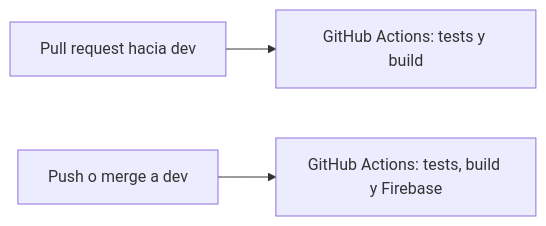
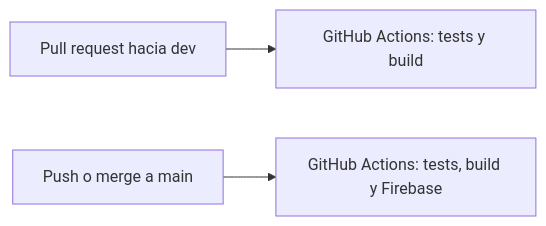
One commit to alejandrosalgar/Programacion-de-software-2026-2---frontend changed the diagram in despliegue.md. Above: the diagram before and after it, drawn with Mermaid. The commit also changed other lines of this file and 2 other files, not shown here.

````diff
--- a/despliegue.md
+++ b/despliegue.md
@@ -10,5 +10,5 @@
 ```mermaid
 flowchart LR
   PR["Pull request hacia dev"] --> Tests["GitHub Actions: tests y build"]
-  Main["Push o merge a dev"] --> Deploy["GitHub Actions: tests, build y Firebase"]
+  Main["Push o merge a main"] --> Deploy["GitHub Actions: tests, build y Firebase"]
 ```
````
